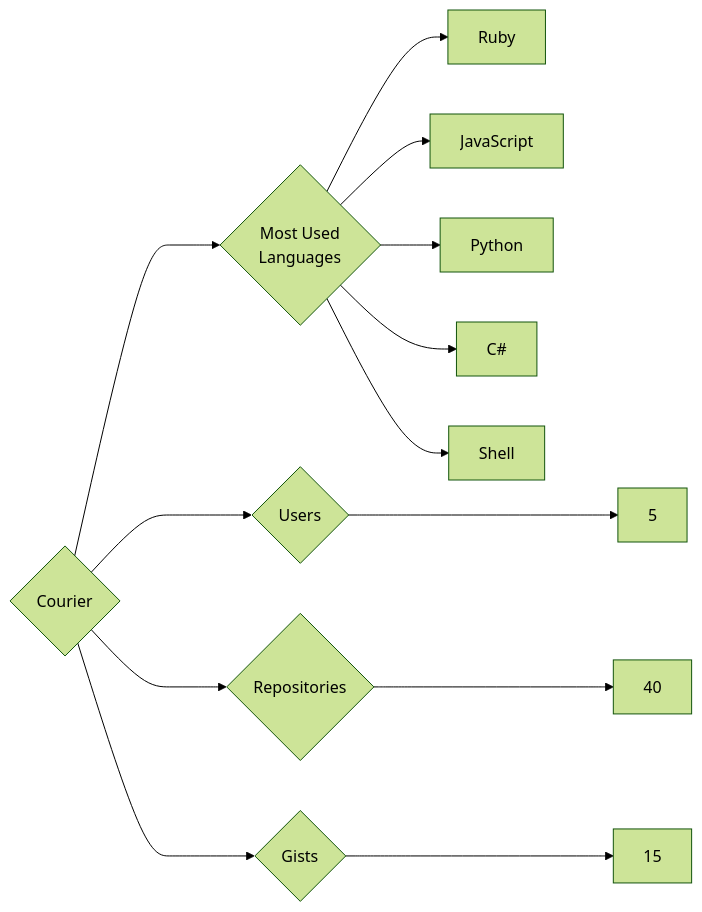
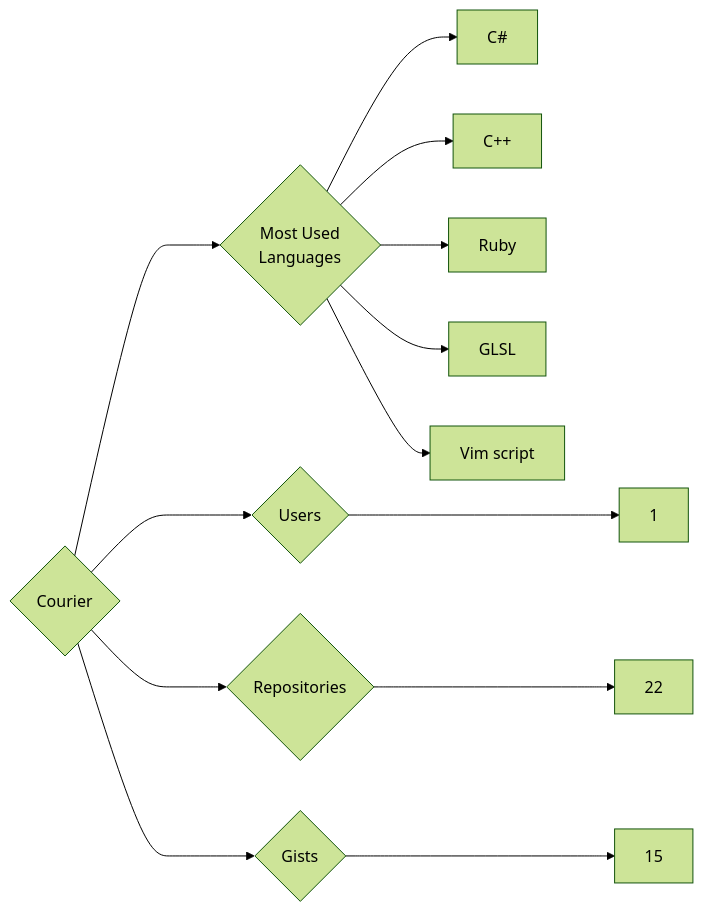
One commit to trickest/insiders changed the diagram in targets/Courier/README.md. Above: the diagram before and after it, drawn with Mermaid (forest theme). The commit also changed 611 other files, not shown here.

````diff
--- a/targets/Courier/README.md
+++ b/targets/Courier/README.md
@@ -3,13 +3,13 @@
 ```mermaid
 graph LR
 COMPANY_NAME{Courier}
-COMPANY_NAME ---> U{Users} ---> UN[5]
-COMPANY_NAME ---> R{Repositories} ---> RN[40]
+COMPANY_NAME ---> U{Users} ---> UN[1]
+COMPANY_NAME ---> R{Repositories} ---> RN[22]
 COMPANY_NAME ---> G{Gists} ---> GN[15]
 COMPANY_NAME ---> ML{Most Used<br>Languages}
+ML --> C#[C#]
+ML --> C++[C++]
 ML --> Ruby[Ruby]
-ML --> JavaScript[JavaScript]
-ML --> Python[Python]
-ML --> C#[C#]
-ML --> Shell[Shell]
+ML --> GLSL[GLSL]
+ML --> Vim_script[Vim script]
 ```
````
